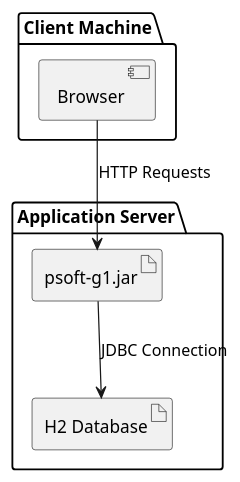
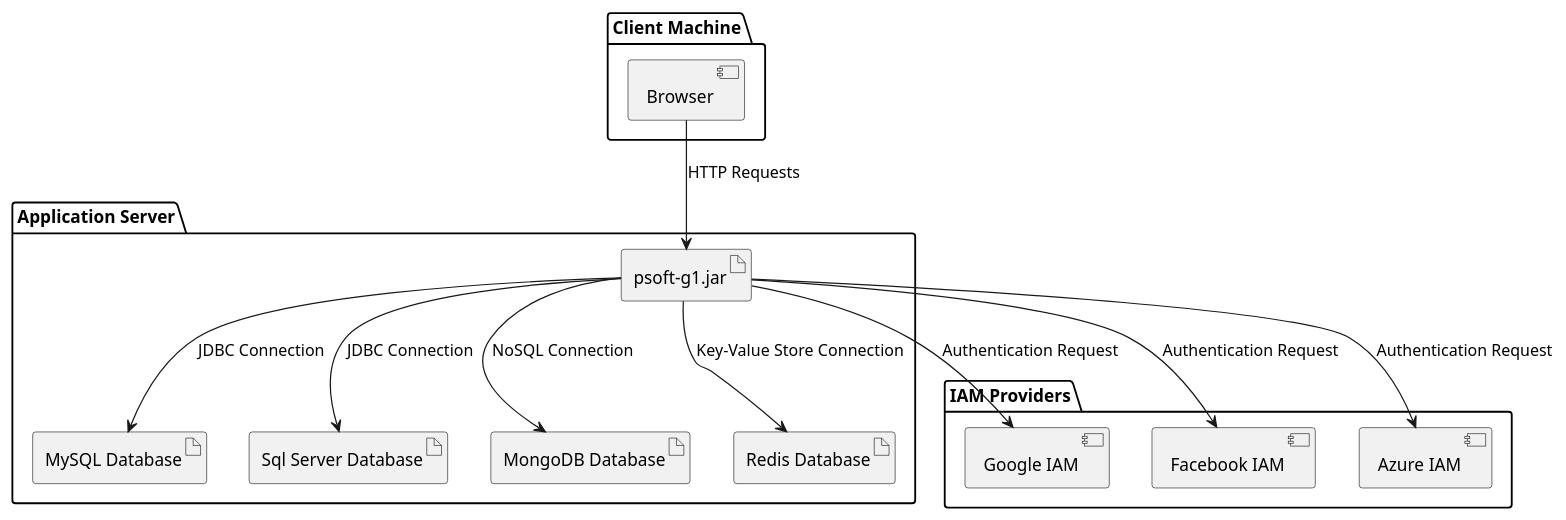
The diagram in psoft-project-2024-g1/Docs/Geral/ImplementationDiagram.puml (GuilhermeCunha79/LMS_MicroserviceArchitecture), drawn with PlantUML before and after one commit.

Commit message:
Update Implementation Diagram with new US´s

```diff
--- a/psoft-project-2024-g1/Docs/Geral/ImplementationDiagram.puml
+++ b/psoft-project-2024-g1/Docs/Geral/ImplementationDiagram.puml
@@ -1,15 +1,30 @@
 @startuml
 
 package "Client Machine" {
   [Browser]
 }
 
 package "Application Server" {
   artifact "psoft-g1.jar" as app
-  artifact "H2 Database" as h2db
+  artifact "MySQL Database" as mysql
+  artifact "Sql Server Database" as sqlserver
+  artifact "MongoDB Database" as mongodb
+  artifact "Redis Database" as redis
+}
+
+package "IAM Providers" {
+  [Google IAM]
+  [Facebook IAM]
+  [Azure IAM]
 }
 
 Browser --> app: HTTP Requests
-app --> h2db: JDBC Connection
+app --> mysql: JDBC Connection
+app --> sqlserver: JDBC Connection
+app --> mongodb: NoSQL Connection
+app --> redis: Key-Value Store Connection
+app --> [Google IAM]: Authentication Request
+app --> [Facebook IAM]: Authentication Request
+app --> [Azure IAM]: Authentication Request
 
 @enduml
```
